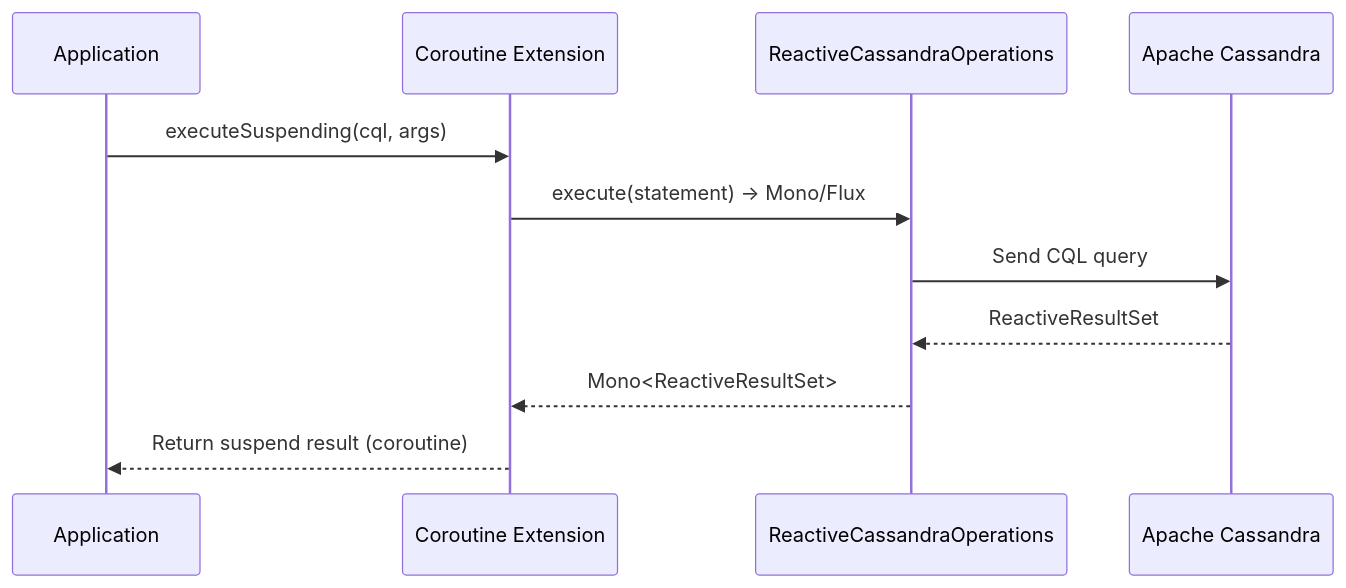
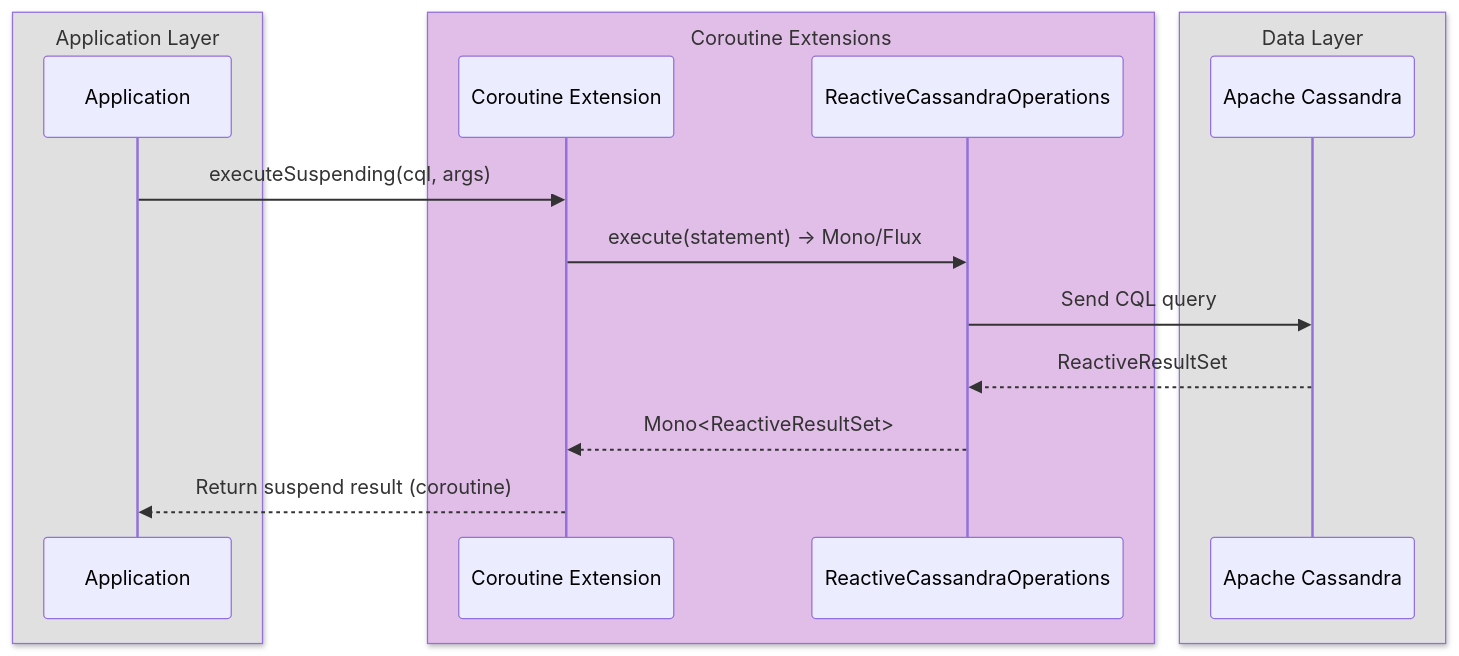
Before and after one commit to bluetape4k/bluetape4k-projects: the third of 3 diagrams in spring-boot3/cassandra/README.md, drawn with Mermaid. The commit also changed other lines of this file and 221 other files, not shown here.

First line of the commit message:
docs: 전체 모듈 README UML 다이어그램 보강 및 색상 업그레이드

````diff
--- a/spring-boot3/cassandra/README.md
+++ b/spring-boot3/cassandra/README.md
@@ -95,14 +117,20 @@
 ```mermaid
 sequenceDiagram
-    participant App as Application
-    participant Ext as Coroutine Extension
-    participant Ops as ReactiveCassandraOperations
-    participant DB as Apache Cassandra
+    box rgb(224,224,224) Application Layer
+        participant App as Application
+    end
+    box rgb(225,190,231) Coroutine Extensions
+        participant Ext as Coroutine Extension
+        participant Ops as ReactiveCassandraOperations
+    end
+    box rgb(224,224,224) Data Layer
+        participant DB as Apache Cassandra
+    end
 
     App->>Ext: executeSuspending(cql, args)
     Ext->>Ops: execute(statement) → Mono/Flux
     Ops->>DB: Send CQL query
     DB-->>Ops: ReactiveResultSet
     Ops-->>Ext: Mono<ReactiveResultSet>
     Ext-->>App: Return suspend result (coroutine)
 ```
````
